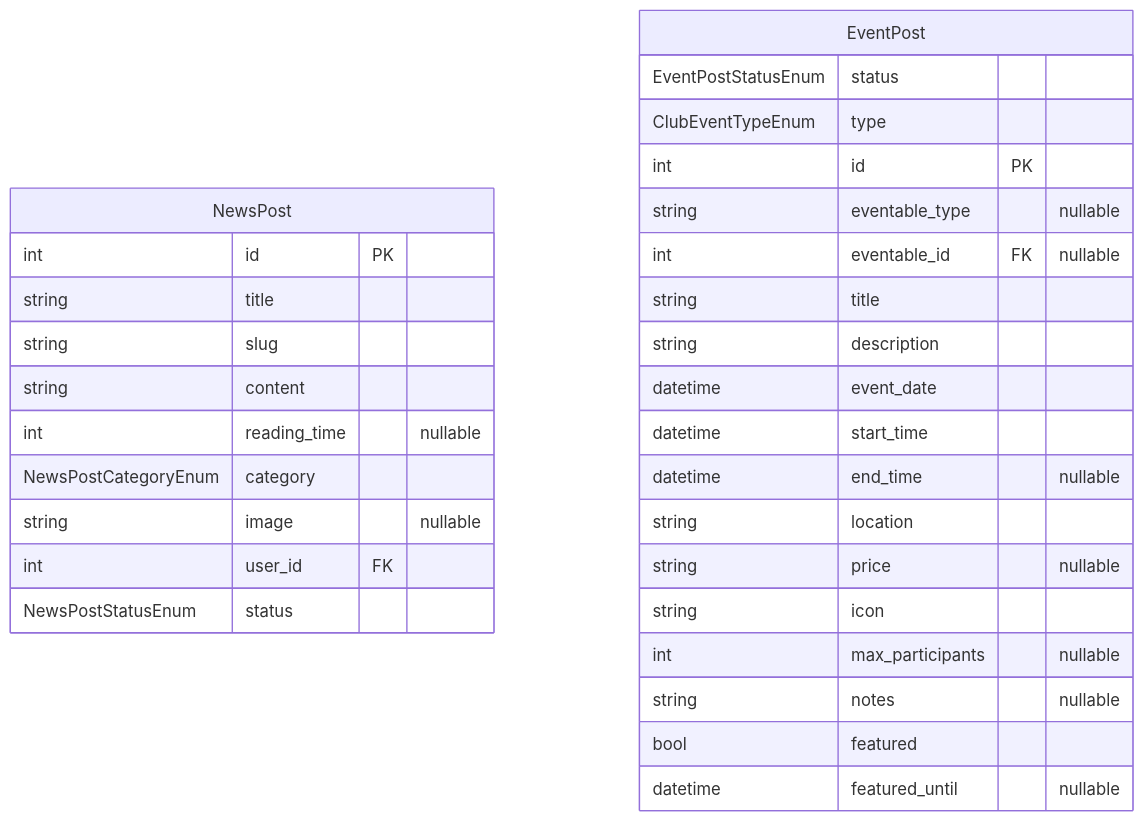
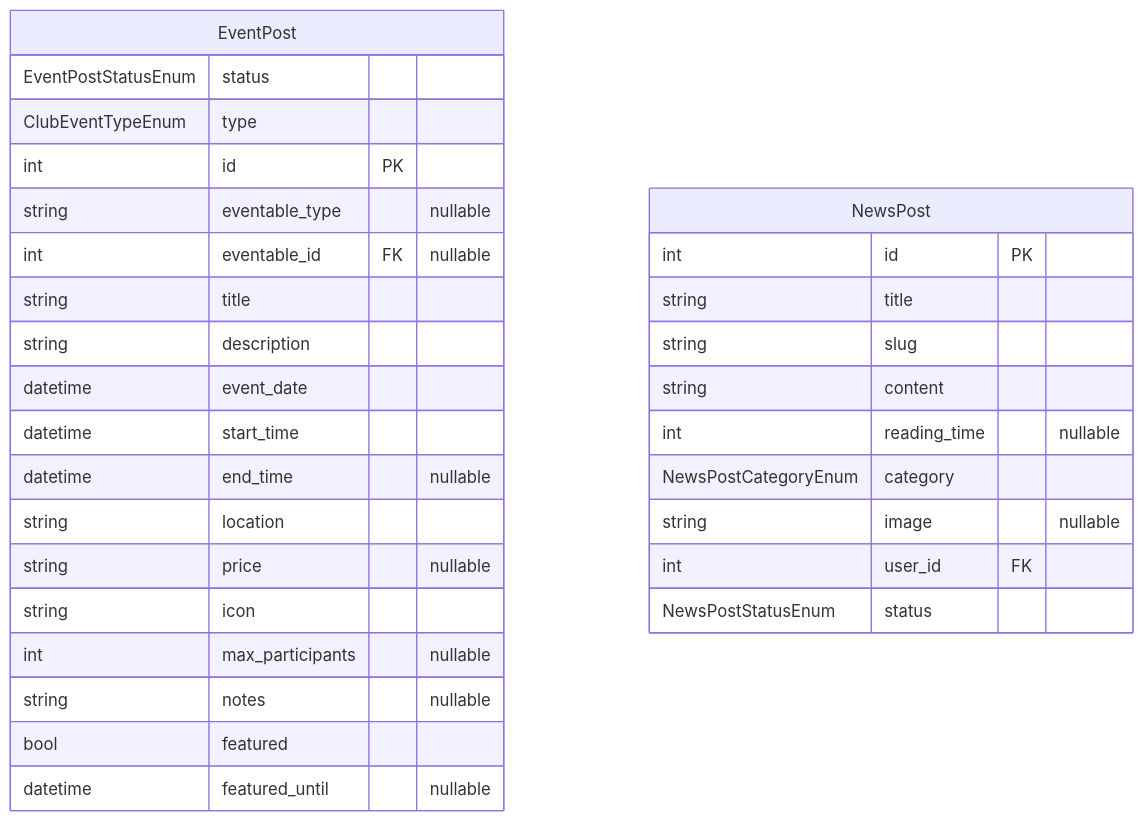
Before and after one commit to Paupoo/tabletennisclub-app: the diagram in docs/erd/clubposts.md, drawn with Mermaid. The commit also changed other lines of this file and 8 other files, not shown here.

First line of the commit message:
fix(docs): make the ERD generator deterministic and keep it out of docs/

````diff
--- a/docs/erd/clubposts.md
+++ b/docs/erd/clubposts.md
@@ -3,34 +3,34 @@
 ```mermaid
 erDiagram
-    NewsPost {
-        int id PK
-        string title
-        string slug
-        string content
-        int reading_time "nullable"
-        NewsPostCategoryEnum category
-        string image "nullable"
-        int user_id FK
-        NewsPostStatusEnum status
-    }
     EventPost {
         EventPostStatusEnum status
         ClubEventTypeEnum type
         int id PK
         string eventable_type "nullable"
         int eventable_id FK "nullable"
         string title
         string description
         datetime event_date
         datetime start_time
         datetime end_time "nullable"
         string location
         string price "nullable"
         string icon
         int max_participants "nullable"
         string notes "nullable"
         bool featured
         datetime featured_until "nullable"
     }
+    NewsPost {
+        int id PK
+        string title
+        string slug
+        string content
+        int reading_time "nullable"
+        NewsPostCategoryEnum category
+        string image "nullable"
+        int user_id FK
+        NewsPostStatusEnum status
+    }
 
 ```
````
